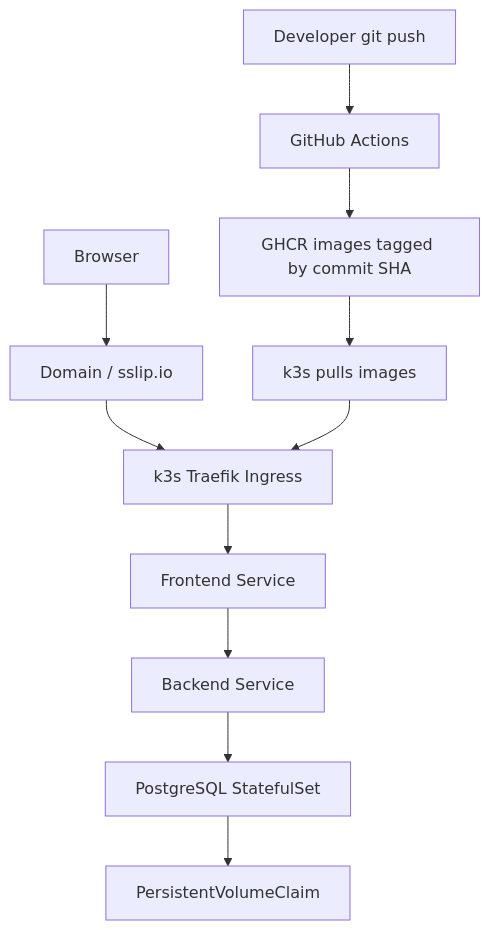
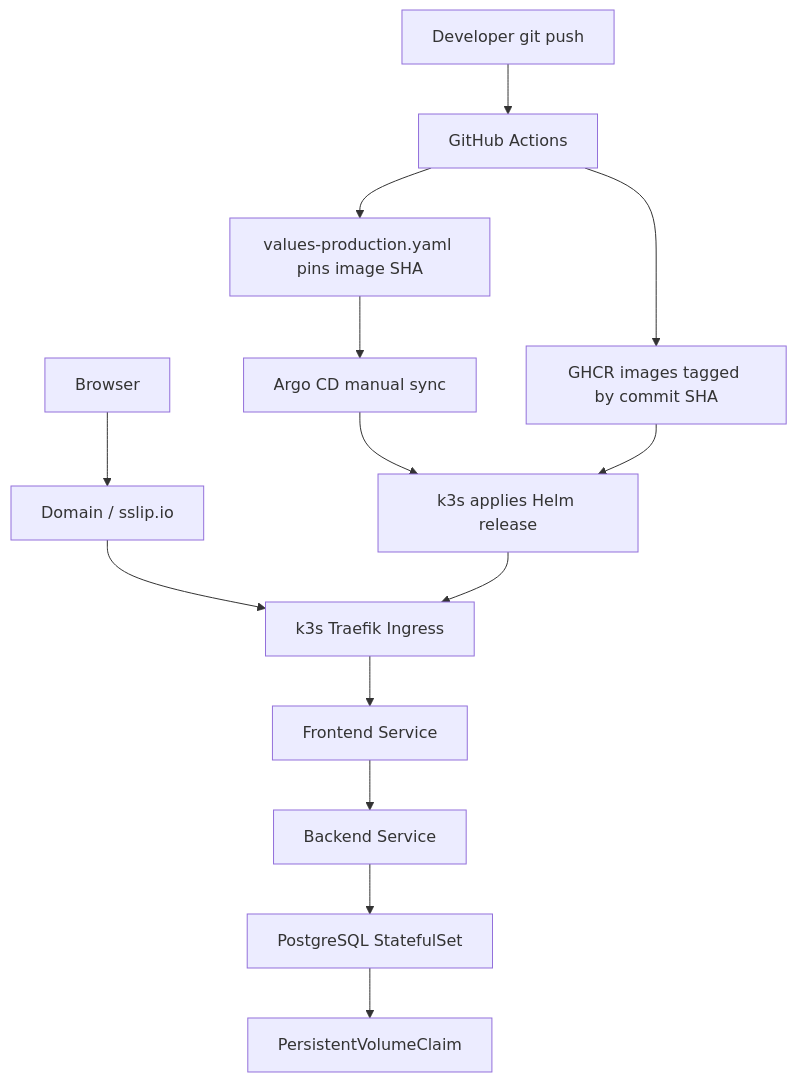
Before and after one commit to AdvSorcer/k3s-portfolio-demo: the diagram in docs/architecture.md, drawn with Mermaid. The commit also changed other lines of this file and 2 other files, not shown here.

Commit message:
Document Argo CD manual GitOps flow

````diff
--- a/docs/architecture.md
+++ b/docs/architecture.md
@@ -3,13 +3,16 @@
 ```mermaid
 flowchart TD
   GitPush["Developer git push"] --> Actions["GitHub Actions"]
   Actions --> GHCR["GHCR images tagged by commit SHA"]
-  GHCR --> K3s["k3s pulls images"]
+  Actions --> Values["values-production.yaml pins image SHA"]
+  Values --> Argo["Argo CD manual sync"]
+  Argo --> K3s["k3s applies Helm release"]
+  GHCR --> K3s
   User["Browser"] --> DNS["Domain / sslip.io"]
   DNS --> Traefik["k3s Traefik Ingress"]
   K3s --> Traefik
   Traefik --> Frontend["Frontend Service"]
   Frontend --> Backend["Backend Service"]
   Backend --> Postgres["PostgreSQL StatefulSet"]
   Postgres --> PVC["PersistentVolumeClaim"]
 ```
````
